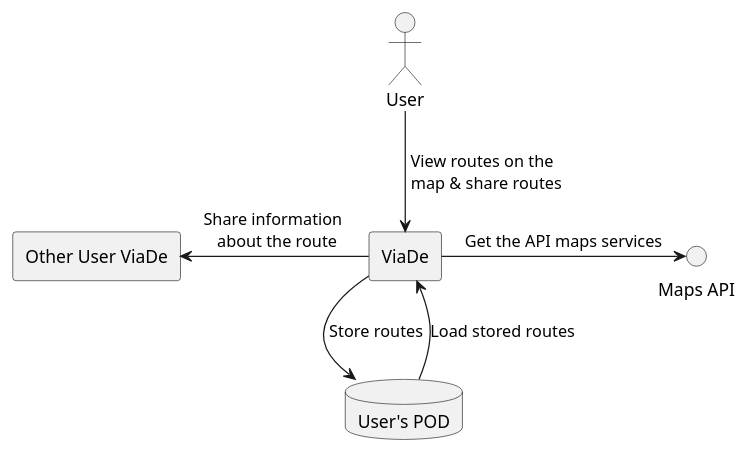
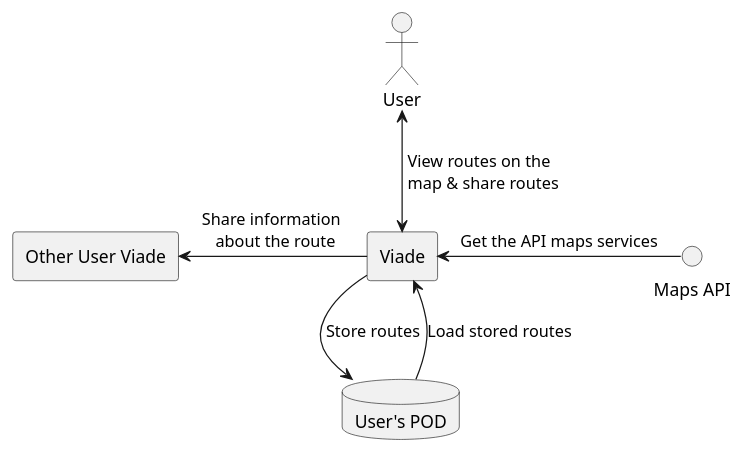
The diagram in src/docs/diagrams/03-01_BusinessContext.puml (Arquisoft/viade_en1b), drawn with PlantUML before and after one commit. The commit also changed other lines of this file and 1 other file, not shown here.

Commit message:
Documented arrows as flow of information and changed a couple of them on Business Context diagram.

```diff
--- a/src/docs/diagrams/03-01_BusinessContext.puml
+++ b/src/docs/diagrams/03-01_BusinessContext.puml
@@ -1,13 +1,14 @@
 @startuml Business Context
-rectangle ViaDe
-rectangle "Other User ViaDe" as ViaDe2
+rectangle Viade
+rectangle "Other User Viade" as ViaDe2
 database "User's POD" as pod
 
 () "Maps API" as imaps
 
-:User: --> ViaDe : View routes on the \n map & share routes
-ViaDe --> pod : Store routes
-pod --> ViaDe : Load stored routes
-ViaDe -right-> imaps : Get the API maps services
-ViaDe -left-> ViaDe2 : Share information \n about the route
+:User: <--> Viade : View routes on the \n map & share routes
+Viade --> pod : Store routes
+pod --> Viade : Load stored routes
+Viade <-right- imaps : Get the API maps services
+Viade -left-> ViaDe2 : Share information \n about the route
+
 @enduml
```
